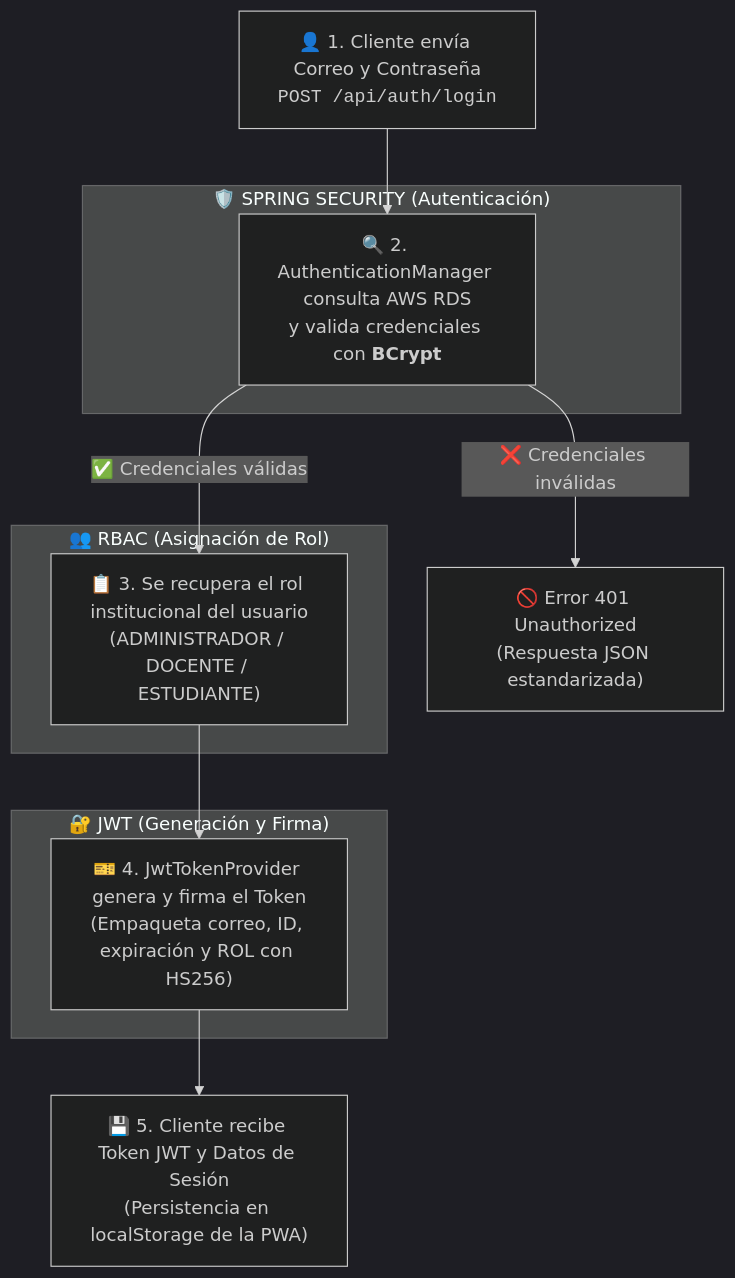
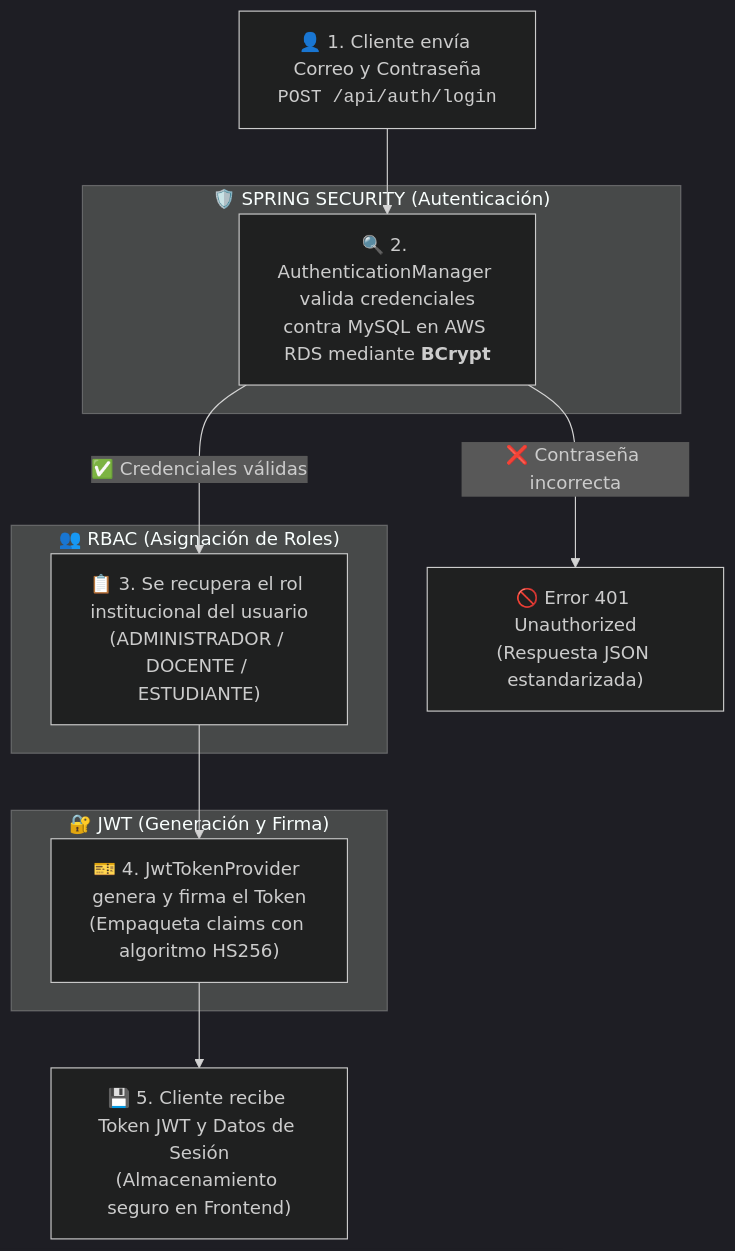
Before and after one commit to WRivxs/SGTU-Tutorias-Universitarias: the second of 3 diagrams in docs/Entrega3_Arquitectura_Seguridad.md, drawn with Mermaid (dark theme). The commit also changed other lines of this file, not shown here.

Commit message:
docs: ampliacion tecnica de Entrega 3 con stack, capas, JWT, transacciones y CORS

````diff
--- a/docs/Entrega3_Arquitectura_Seguridad.md
+++ b/docs/Entrega3_Arquitectura_Seguridad.md
@@ -93,20 +174,20 @@
 ```mermaid
 flowchart TD
     A["👤 1. Cliente envía Correo y Contraseña<br/><code>POST /api/auth/login</code>"] --> B
 
     subgraph SS1 ["🛡️ SPRING SECURITY (Autenticación)"]
-        B["🔍 2. AuthenticationManager consulta AWS RDS<br/>y valida credenciales con <b>BCrypt</b>"]
+        B["🔍 2. AuthenticationManager valida credenciales<br/>contra MySQL en AWS RDS mediante <b>BCrypt</b>"]
     end
 
-    B -->|❌ Credenciales inválidas| C["🚫 Error 401 Unauthorized<br/>(Respuesta JSON estandarizada)"]
+    B -->|❌ Contraseña incorrecta| C["🚫 Error 401 Unauthorized<br/>(Respuesta JSON estandarizada)"]
 
-    subgraph RBAC1 ["👥 RBAC (Asignación de Rol)"]
+    subgraph RBAC1 ["👥 RBAC (Asignación de Roles)"]
         B -->|✅ Credenciales válidas| D["📋 3. Se recupera el rol institucional del usuario<br/>(ADMINISTRADOR / DOCENTE / ESTUDIANTE)"]
     end
 
     subgraph JWT1 ["🔐 JWT (Generación y Firma)"]
-        D --> E["🎫 4. JwtTokenProvider genera y firma el Token<br/>(Empaqueta correo, ID, expiración y ROL con HS256)"]
+        D --> E["🎫 4. JwtTokenProvider genera y firma el Token<br/>(Empaqueta claims con algoritmo HS256)"]
     end
 
-    E --> F["💾 5. Cliente recibe Token JWT y Datos de Sesión<br/>(Persistencia en localStorage de la PWA)"]
+    E --> F["💾 5. Cliente recibe Token JWT y Datos de Sesión<br/>(Almacenamiento seguro en Frontend)"]
 ```
````
